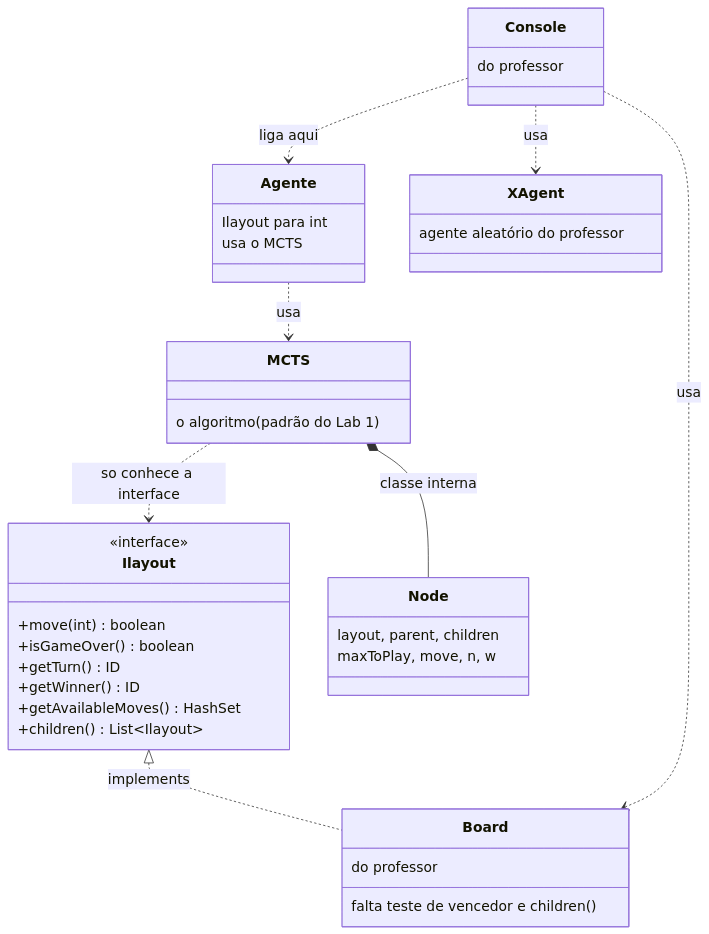
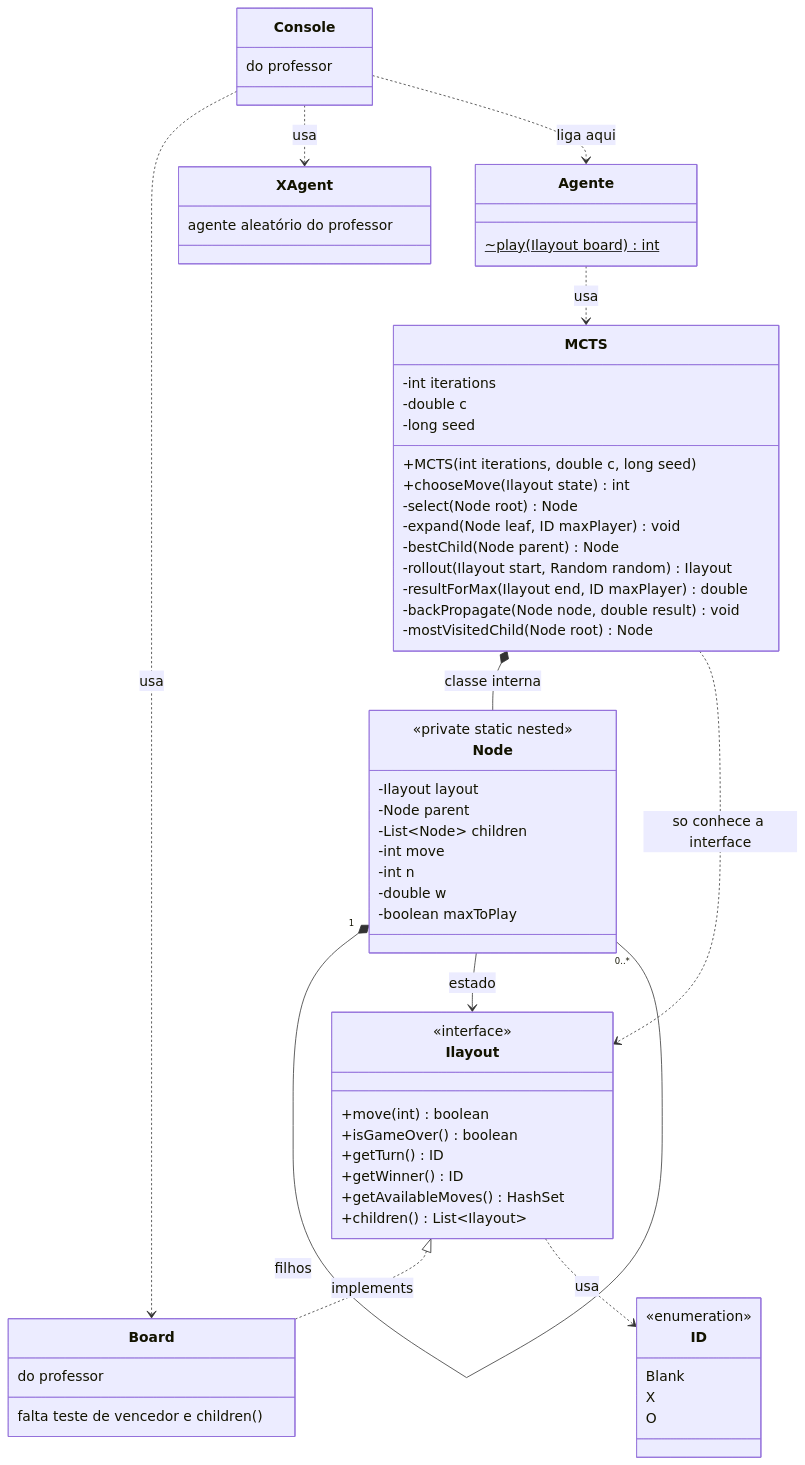
One commit to kikomllo/IA changed the fourth of 4 diagrams in 20262027/T4_IA/IMPLEMENTATION_GUIDE.md. Above: the diagram before and after it, drawn with Mermaid. The commit also changed other lines of this file and 88 other files, not shown here.

First line of the commit message:
Implement T4_IA: Board, MCTS agent, tests, experiments and docs

````diff
--- a/20262027/T4_IA/IMPLEMENTATION_GUIDE.md
+++ b/20262027/T4_IA/IMPLEMENTATION_GUIDE.md
@@ -703,41 +737,66 @@
 ```mermaid
 %%{init: {"themeVariables": {"fontSize": "18px"}, "class": {"useMaxWidth": false}}}%%
 classDiagram
     class Ilayout {
         <<interface>>
         +move(int) boolean
         +isGameOver() boolean
         +getTurn() ID
         +getWinner() ID
         +getAvailableMoves() HashSet
         +children() List~Ilayout~
     }
     class Board {
         do professor
         falta teste de vencedor e children()
     }
+    class ID {
+        <<enumeration>>
+        Blank
+        X
+        O
+    }
     class MCTS {
-        o algoritmo (padrão do Lab 1)
+        -int iterations
+        -double c
+        -long seed
+        +MCTS(int iterations, double c, long seed)
+        +chooseMove(Ilayout state) int
+        -select(Node root) Node
+        -expand(Node leaf, ID maxPlayer) void
+        -bestChild(Node parent) Node
+        -rollout(Ilayout start, Random random) Ilayout
+        -resultForMax(Ilayout end, ID maxPlayer) double
+        -backPropagate(Node node, double result) void
+        -mostVisitedChild(Node root) Node
     }
     class Node {
-        layout, parent, children
-        maxToPlay, move, n, w
+        <<private static nested>>
+        -Ilayout layout
+        -Node parent
+        -List~Node~ children
+        -int move
+        -int n
+        -double w
+        -boolean maxToPlay
     }
     class Agente {
-        Ilayout para int
-        usa o MCTS
+        ~play(Ilayout board) int$
     }
     class XAgent {
         agente aleatório do professor
     }
     class Console {
         do professor
     }
     Ilayout <|.. Board : implements
+    Ilayout ..> ID : usa
     MCTS *-- Node : classe interna
+    Node "1" *-- "0..*" Node : filhos
+    Node --> Ilayout : estado
     MCTS ..> Ilayout : so conhece a interface
     Agente ..> MCTS : usa
     Console ..> Board : usa
     Console ..> XAgent : usa
     Console ..> Agente : liga aqui
 ```
````
